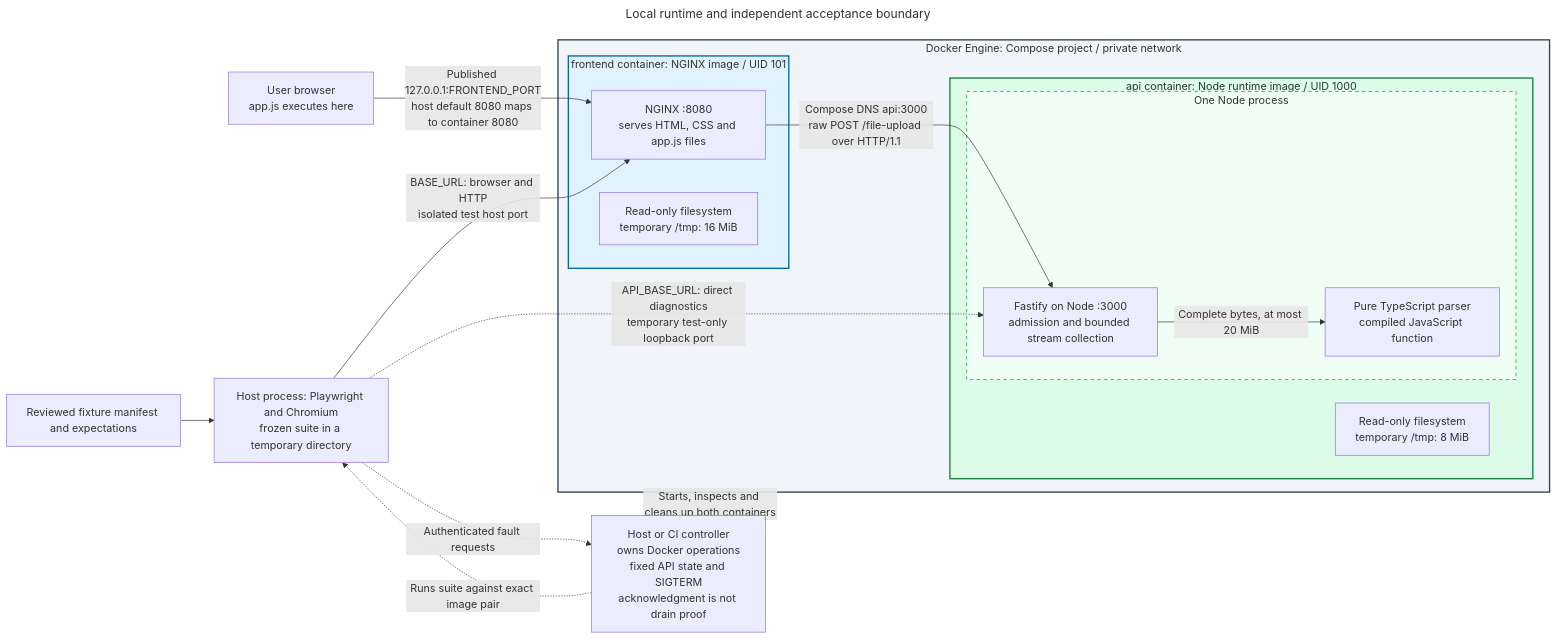
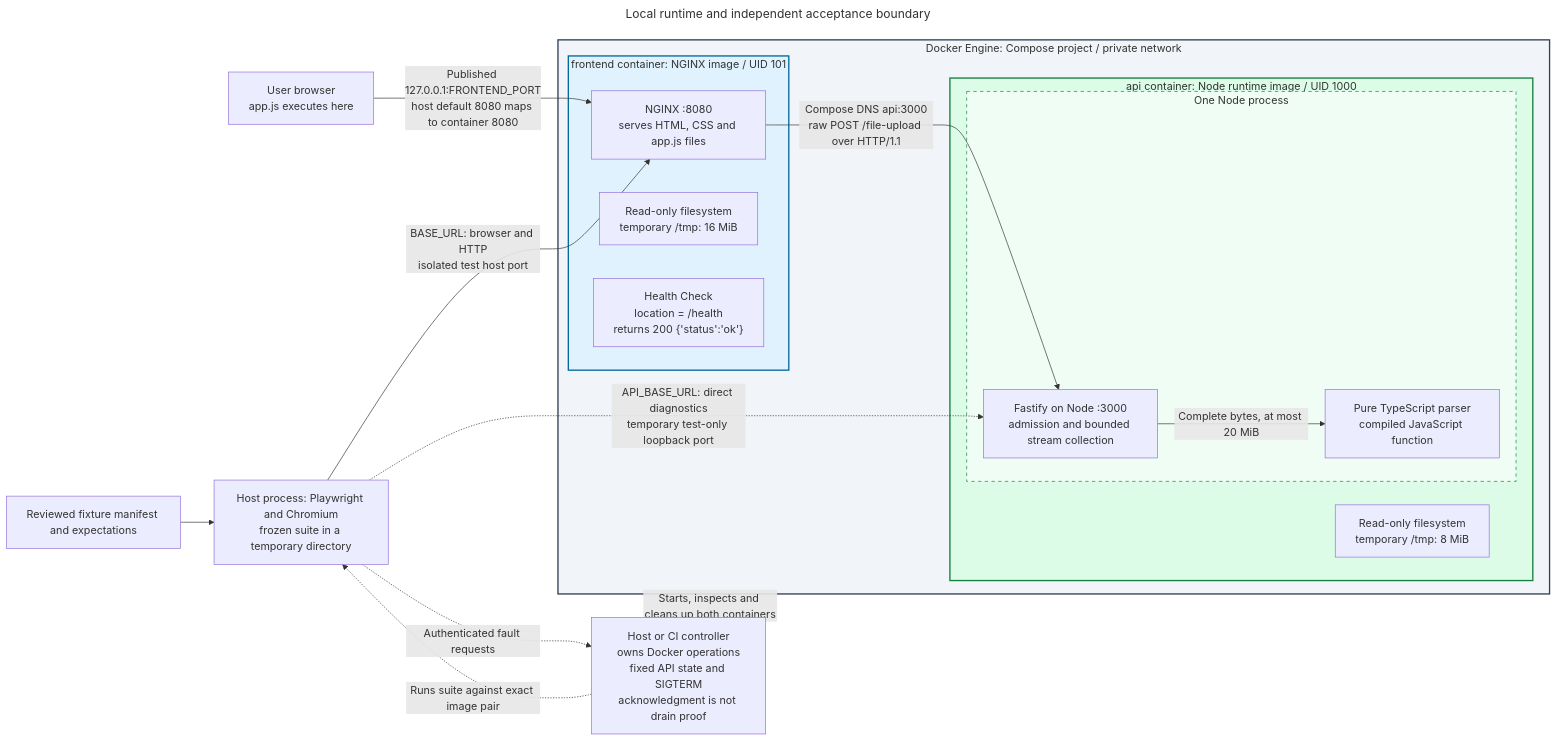
The diagram in docs/architecture/diagrams/runtime.mmd (brobro10000/mp3-frame-counter), drawn with Mermaid before and after one commit. The commit also changed 2 other files, not shown here.

Commit message:
fix(frontend): expose Cloud Run compatible health route (#45)
* fix(frontend): expose Cloud Run compatible health route

* Automated diagram update (PR #45)

---------

```diff
--- a/docs/architecture/diagrams/runtime.mmd
+++ b/docs/architecture/diagrams/runtime.mmd
@@ -1,54 +1,55 @@
 ---
 title: Local runtime and independent acceptance boundary
 query: >-
   Show Docker wrapping exactly two independently built application images as
   Compose containers. Nest NGINX and its static assets inside the frontend
   container, and Fastify transport plus parser inside one Node process in the
   API container. Put both containers inside Docker's Compose network. Keep
   browser JavaScript, the host controller and extracted Playwright/Chromium
   runner outside Docker. Distinguish published loopback host port from internal
   frontend port 8080 and private API port 3000, with a separate test-only
   loopback binding for direct API diagnostics. Show source-defined runtime
   users, read-only filesystems, temporary mounts and bounded in-process parsing.
   Do not imply a third parser/test container, Node frontend runtime or cloud
   deployment. Keep fixed API lifecycle readback and SIGTERM inside the host
   controller; command acknowledgment does not prove graceful drain.
 references:
   - 'File: /compose.yaml'
   - 'File: /frontend/Dockerfile'
   - 'File: /frontend/nginx.conf.template'
   - 'File: /server/Dockerfile'
   - 'File: /server/src/http.ts'
   - 'File: /server/src/mp3.ts'
   - 'File: /scripts/run-e2e.mjs'
   - 'File: /scripts/e2e-controller.mjs'
-generationTime: '2026-10-10T18:23:32.735Z'
+generationTime: '2026-10-11T05:57:53.958Z'
 ---
 flowchart LR
     B["User browser<br/>app.js executes here"]
     subgraph DOCKER["Docker Engine: Compose project / private network"]
         subgraph FRONT["frontend container: NGINX image / UID 101"]
             F["NGINX :8080<br/>serves HTML, CSS and app.js files"]
             FS["Read-only filesystem<br/>temporary /tmp: 16 MiB"]
+            H["Health Check<br/>location = /health<br/>returns 200 {'status':'ok'}"]
         end
         subgraph BACK["api container: Node runtime image / UID 1000"]
             subgraph NODE["One Node process"]
                 A["Fastify on Node :3000<br/>admission and bounded stream collection"]
                 P["Pure TypeScript parser<br/>compiled JavaScript function"]
                 A -->|"Complete bytes, at most 20 MiB"| P
             end
             AS["Read-only filesystem<br/>temporary /tmp: 8 MiB"]
         end
         F -->|"Compose DNS api:3000<br/>raw POST /file-upload over HTTP/1.1"| A
     end
     B -->|"Published 127.0.0.1:FRONTEND_PORT<br/>host default 8080 maps to container 8080"| F
     T["Host process: Playwright and Chromium<br/>frozen suite in a temporary directory"] -->|"BASE_URL: browser and HTTP<br/>isolated test host port"| F
     T -.->|"API_BASE_URL: direct diagnostics<br/>temporary test-only loopback port"| A
     O["Reviewed fixture manifest and expectations"] --> T
     C["Host or CI controller<br/>owns Docker operations<br/>fixed API state and SIGTERM<br/>acknowledgment is not drain proof"] -.->|"Starts, inspects and cleans up both containers"| DOCKER
     C -.->|"Runs suite against exact image pair"| T
     T -.->|"Authenticated fault requests"| C
     style DOCKER fill:#f1f5f9,stroke:#334155,stroke-width:2px
     style FRONT fill:#e0f2fe,stroke:#0369a1,stroke-width:2px
     style BACK fill:#dcfce7,stroke:#15803d,stroke-width:2px
     style NODE fill:#f0fdf4,stroke:#15803d,stroke-dasharray:5 5
```
